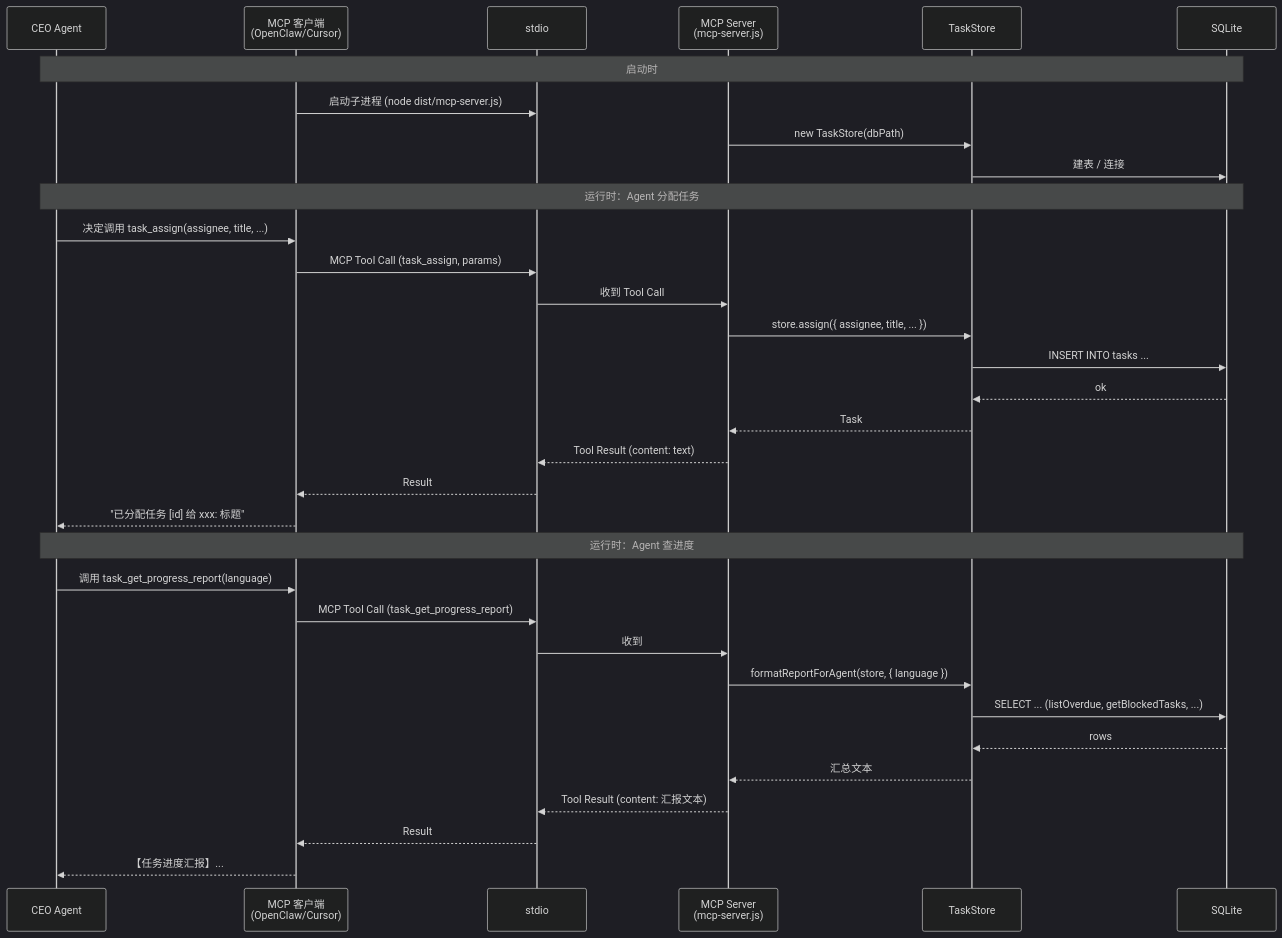
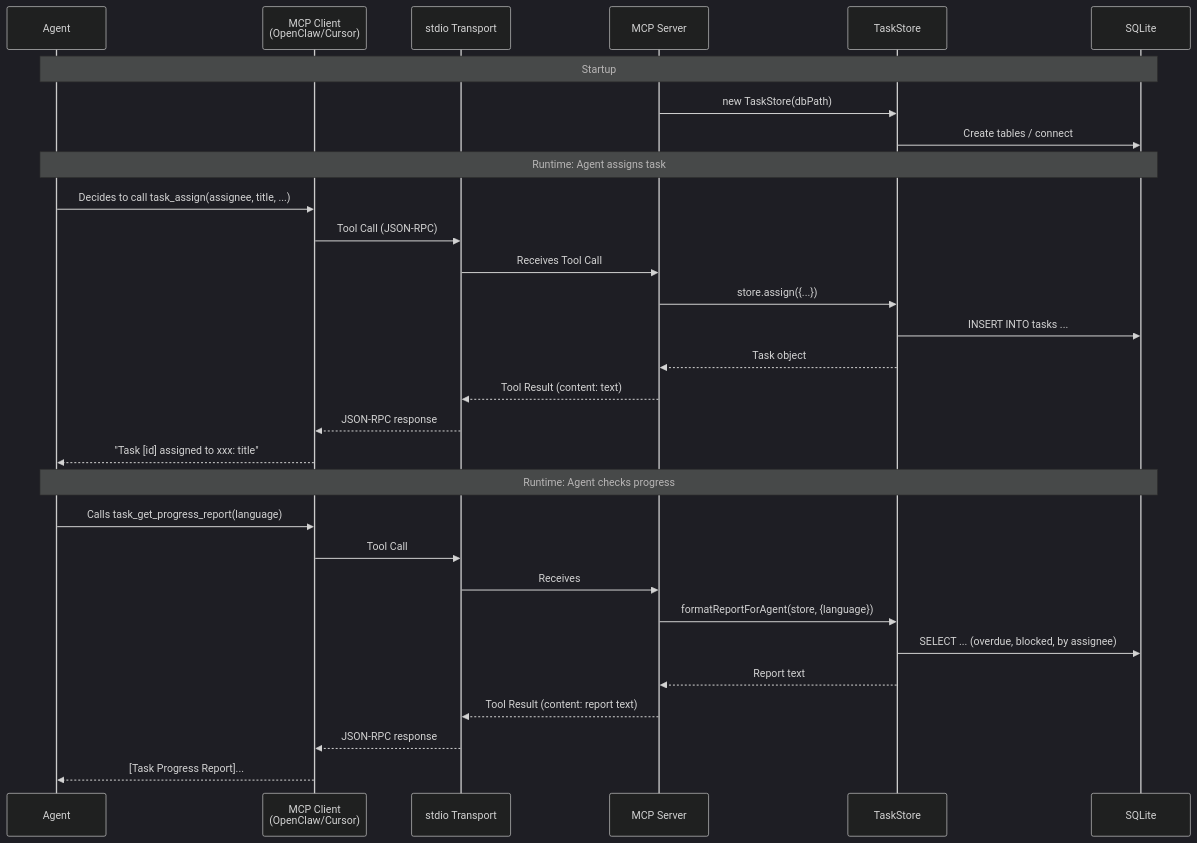
The first of 4 diagrams in docs/SEQUENCE.md (miguoliang/openclaw-never-forget-tasks), drawn with Mermaid (dark theme) before and after one commit. The commit also changed other lines of this file and 13 other files, not shown here.

````diff
--- a/docs/SEQUENCE.md
+++ b/docs/SEQUENCE.md
@@ -11,38 +11,35 @@
 ```mermaid
 sequenceDiagram
-    participant Agent as CEO Agent
-    participant Client as MCP 客户端<br/>(OpenClaw/Cursor)
-    participant Transport as stdio
-    participant MCP as MCP Server<br/>(mcp-server.js)
+    participant Agent
+    participant Client as MCP Client<br/>(OpenClaw/Cursor)
+    participant Transport as stdio Transport
+    participant MCP as MCP Server
     participant Store as TaskStore
     participant DB as SQLite
 
-    Note over Agent,DB: 启动时
-    Client->>Transport: 启动子进程 (node dist/mcp-server.js)
+    Note over Agent,DB: Startup
     MCP->>Store: new TaskStore(dbPath)
-    Store->>DB: 建表 / 连接
+    Store->>DB: Create tables / connect
 
-    Note over Agent,DB: 运行时：Agent 分配任务
-    Agent->>Client: 决定调用 task_assign(assignee, title, ...)
-    Client->>Transport: MCP Tool Call (task_assign, params)
-    Transport->>MCP: 收到 Tool Call
-    MCP->>Store: store.assign({ assignee, title, ... })
+    Note over Agent,DB: Runtime: Agent assigns task
+    Agent->>Client: Decides to call task_assign(assignee, title, ...)
+    Client->>Transport: Tool Call (JSON-RPC)
+    Transport->>MCP: Receives Tool Call
+    MCP->>Store: store.assign({...})
     Store->>DB: INSERT INTO tasks ...
-    DB-->>Store: ok
-    Store-->>MCP: Task
+    Store-->>MCP: Task object
     MCP-->>Transport: Tool Result (content: text)
-    Transport-->>Client: Result
-    Client-->>Agent: "已分配任务 [id] 给 xxx: 标题"
+    Transport-->>Client: JSON-RPC response
+    Client-->>Agent: "Task [id] assigned to xxx: title"
 
-    Note over Agent,DB: 运行时：Agent 查进度
-    Agent->>Client: 调用 task_get_progress_report(language)
-    Client->>Transport: MCP Tool Call (task_get_progress_report)
-    Transport->>MCP: 收到
-    MCP->>Store: formatReportForAgent(store, { language })
-    Store->>DB: SELECT ... (listOverdue, getBlockedTasks, ...)
-    DB-->>Store: rows
-    Store-->>MCP: 汇总文本
-    MCP-->>Transport: Tool Result (content: 汇报文本)
-    Transport-->>Client: Result
-    Client-->>Agent: 【任务进度汇报】...
+    Note over Agent,DB: Runtime: Agent checks progress
+    Agent->>Client: Calls task_get_progress_report(language)
+    Client->>Transport: Tool Call
+    Transport->>MCP: Receives
+    MCP->>Store: formatReportForAgent(store, {language})
+    Store->>DB: SELECT ... (overdue, blocked, by assignee)
+    Store-->>MCP: Report text
+    MCP-->>Transport: Tool Result (content: report text)
+    Transport-->>Client: JSON-RPC response
+    Client-->>Agent: [Task Progress Report]...
 ```
````
